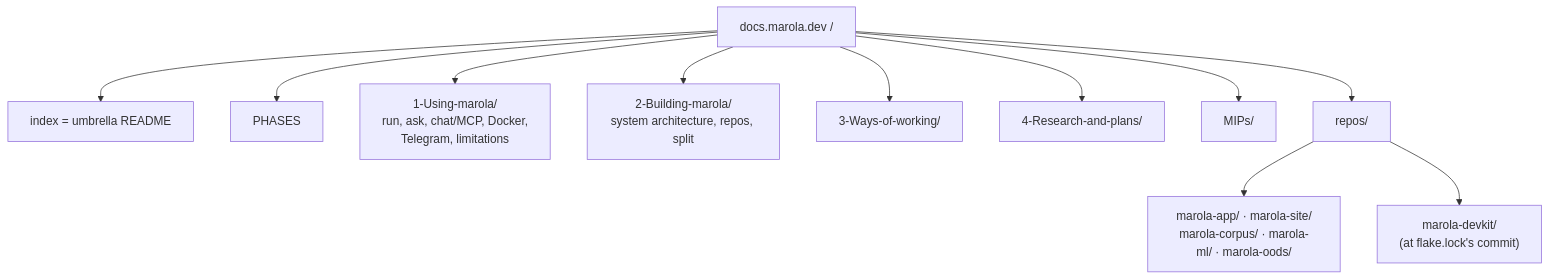
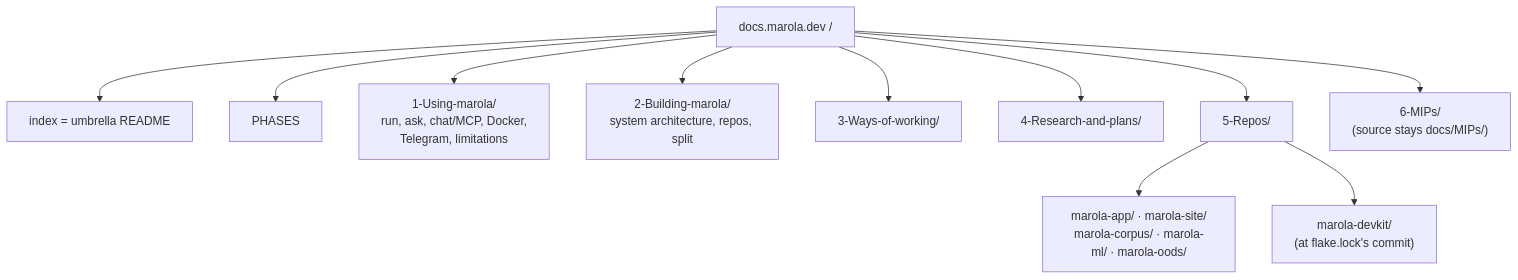
One commit to marola-dev/marola changed the diagram in docs/MIPs/MIP-0074-docs-umbrella-landing-and-repo-docs.md. Above: the diagram before and after it, drawn with Mermaid. The commit also changed other lines of this file and 1 other file, not shown here.

````diff
--- a/docs/MIPs/MIP-0074-docs-umbrella-landing-and-repo-docs.md
+++ b/docs/MIPs/MIP-0074-docs-umbrella-landing-and-repo-docs.md
@@ -44,13 +44,13 @@
 ```mermaid
 flowchart TD
   root["docs.marola.dev /"] --> idx["index = umbrella README"]
   root --> ph["PHASES"]
   root --> u1["1-Using-marola/<br/>run, ask, chat/MCP, Docker,<br/>Telegram, limitations"]
   root --> u2["2-Building-marola/<br/>system architecture, repos, split"]
   root --> u3["3-Ways-of-working/"]
   root --> u4["4-Research-and-plans/"]
-  root --> mips["MIPs/"]
-  root --> repos["repos/"]
+  root --> repos["5-Repos/"]
+  root --> mips["6-MIPs/<br/>(source stays docs/MIPs/)"]
   repos --> r1["marola-app/ · marola-site/<br/>marola-corpus/ · marola-ml/ · marola-oods/"]
   repos --> r2["marola-devkit/<br/>(at flake.lock's commit)"]
 ```
````
